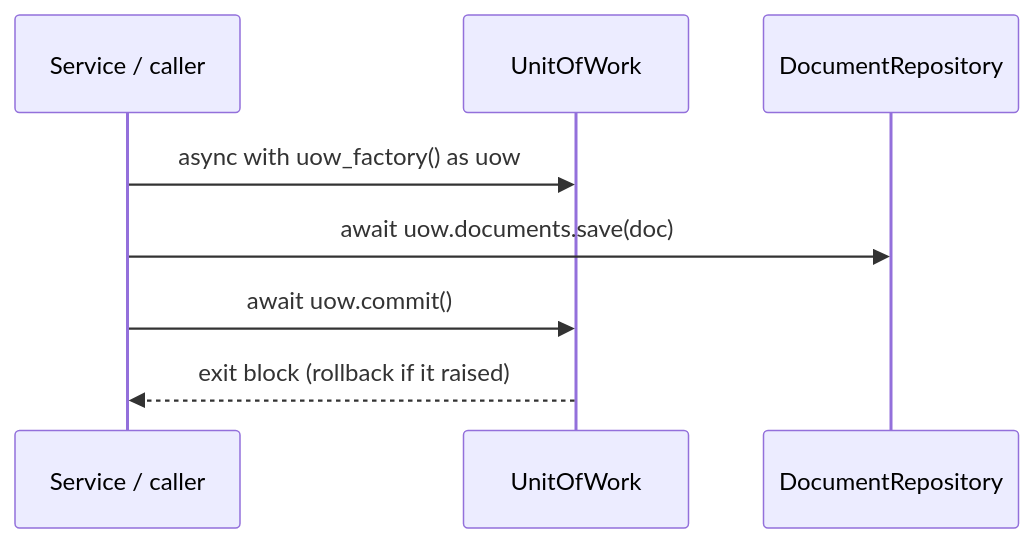
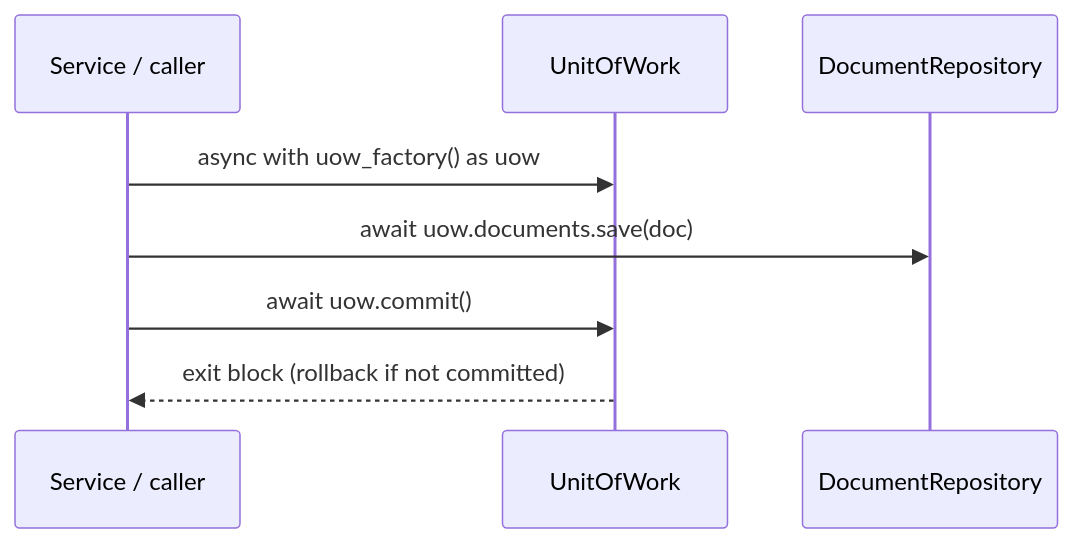
One commit to jacogro13/Cicero changed the diagram in docs/adr/003-unit-of-work-and-repository-ports.md. Above: the diagram before and after it, drawn with Mermaid. The commit also changed other lines of this file and 3 other files, not shown here.

````diff
--- a/docs/adr/003-unit-of-work-and-repository-ports.md
+++ b/docs/adr/003-unit-of-work-and-repository-ports.md
@@ -55,10 +42,10 @@
 ```mermaid
 sequenceDiagram
     participant S as Service / caller
     participant U as UnitOfWork
     participant R as DocumentRepository
     S->>U: async with uow_factory() as uow
     S->>R: await uow.documents.save(doc)
     S->>U: await uow.commit()
-    U-->>S: exit block (rollback if it raised)
+    U-->>S: exit block (rollback if not committed)
 ```
````
